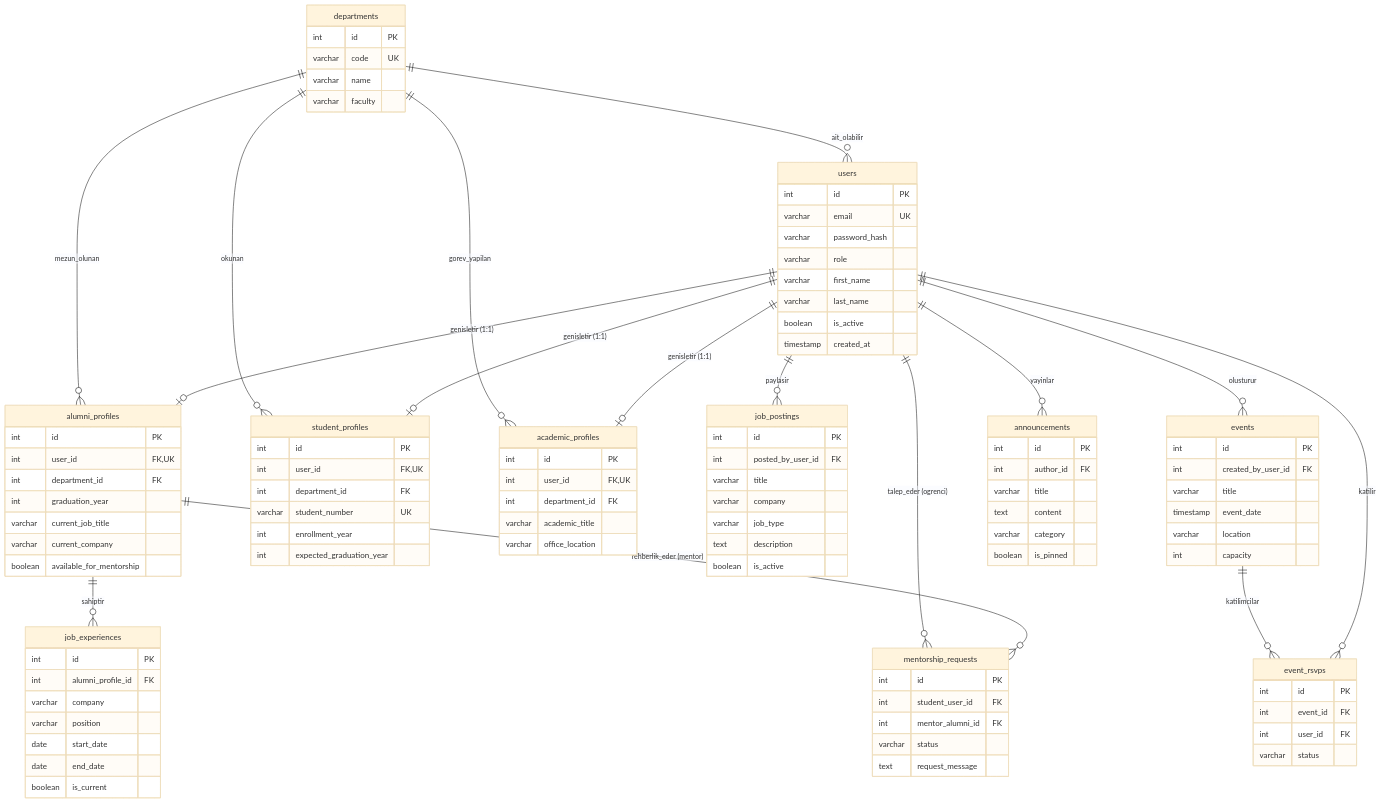
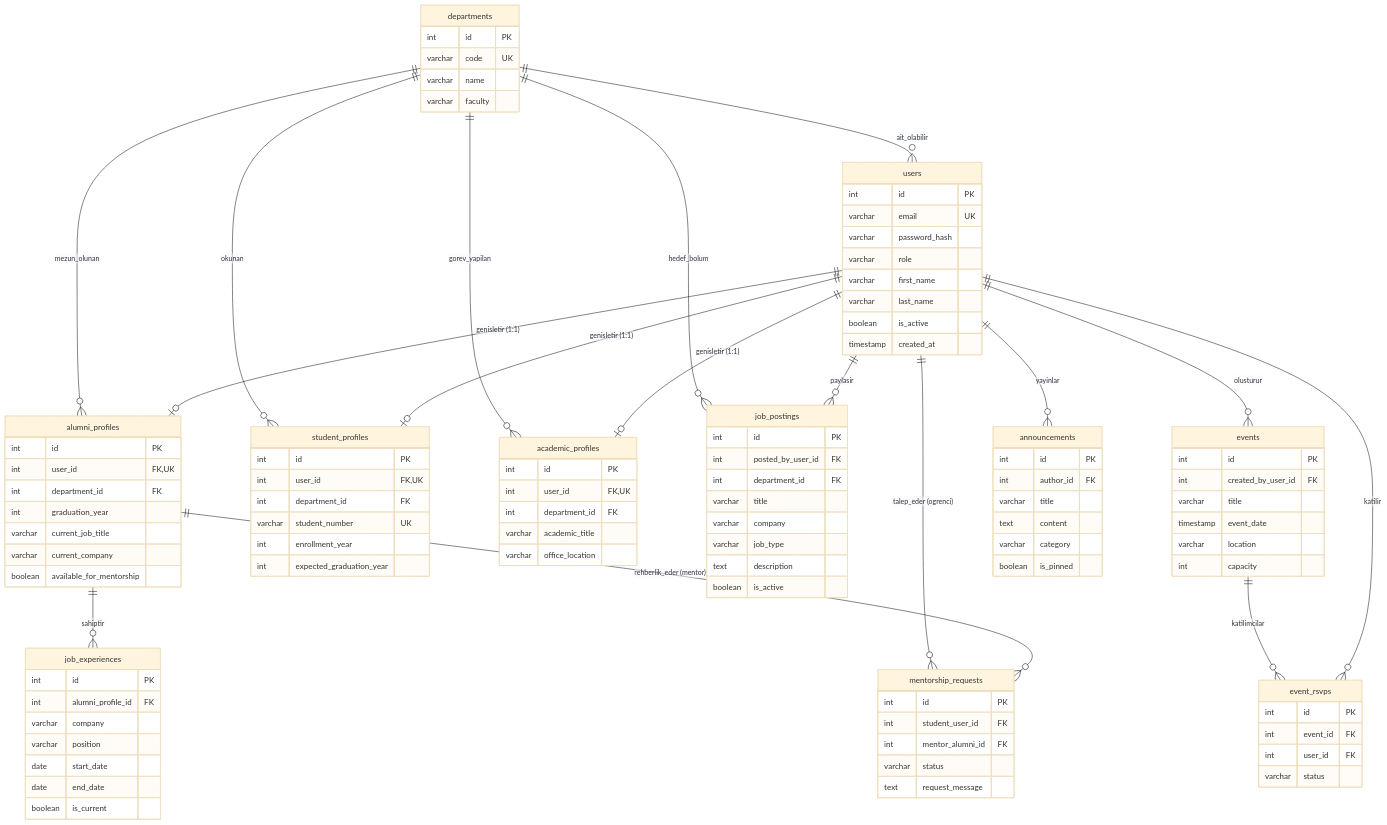
The diagram in ddd.md (Hkantosun/Alumni), drawn with Mermaid (base theme) before and after one commit. The commit also changed other lines of this file, not shown here.

Commit message:
docs(db): update job_postings schema with department_id in ddd.md

```diff
--- a/ddd.md
+++ b/ddd.md
@@ -49,6 +49,7 @@
     departments ||--o{ alumni_profiles : "mezun_olunan"
     departments ||--o{ student_profiles : "okunan"
     departments ||--o{ academic_profiles : "gorev_yapilan"
+    departments ||--o{ job_postings : "hedef_bolum"
 
     users ||--o| alumni_profiles : "genisletir (1:1)"
     users ||--o| student_profiles : "genisletir (1:1)"
@@ -124,6 +125,7 @@
     job_postings {
         int id PK
         int posted_by_user_id FK
+        int department_id FK
         varchar title
         varchar company
         varchar job_type
```
